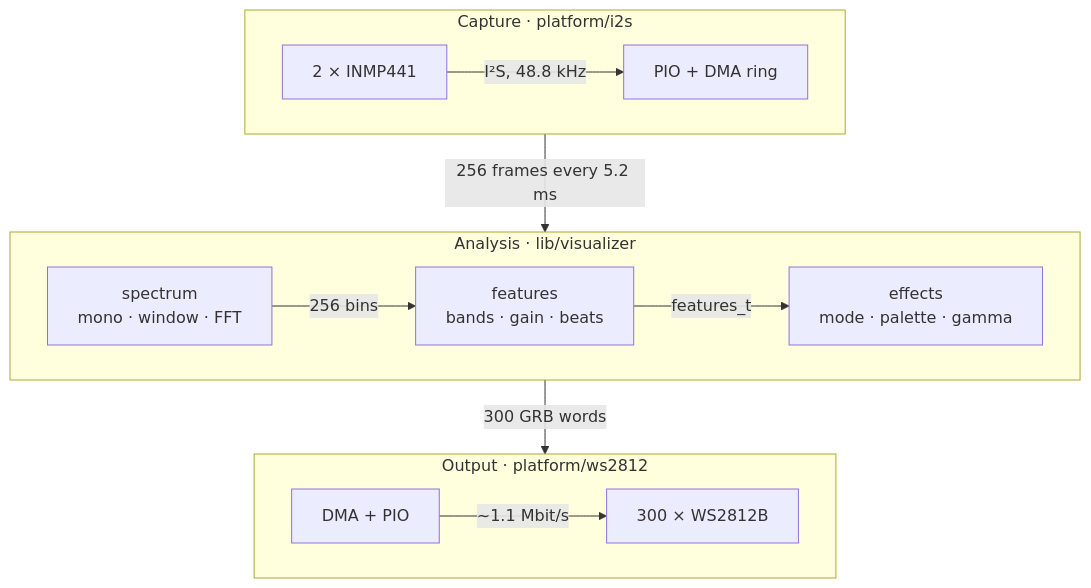
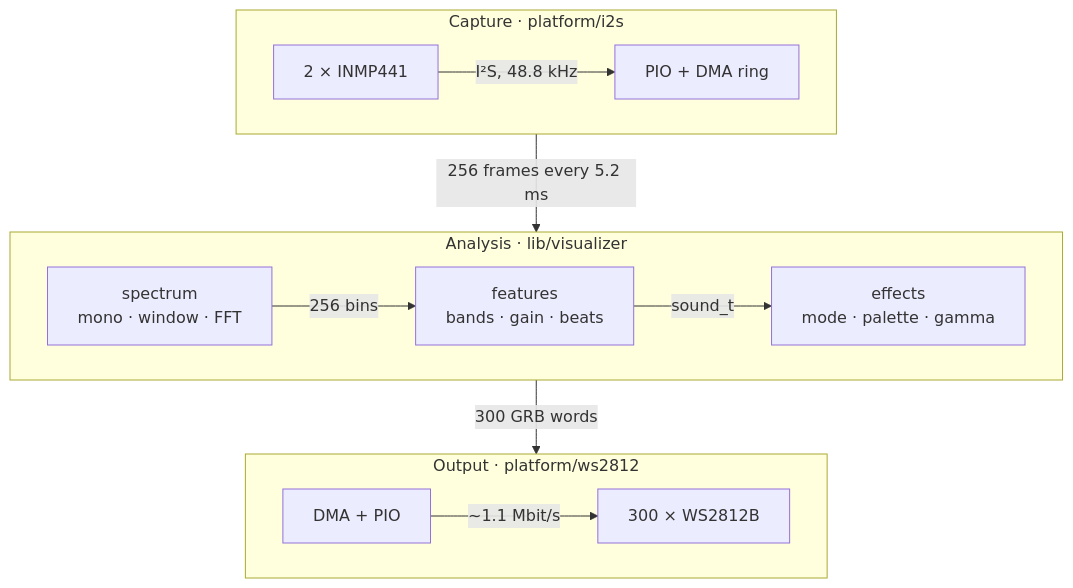
Before and after one commit to whyisitworking/light-painting: the first of 2 diagrams in README.md, drawn with Mermaid. The commit also changed 19 other files, not shown here.

First line of the commit message:
features: features_t is the module state, sound_t what it describes

````diff
--- a/README.md
+++ b/README.md
@@ -176,17 +176,17 @@
 ```mermaid
 flowchart TB
     subgraph capture ["Capture · platform/i2s"]
         direction LR
         MIC["2 × INMP441"] -- "I²S, 48.8 kHz" --> PIOI["PIO + DMA ring"]
     end
     subgraph analysis ["Analysis · lib/visualizer"]
         direction LR
-        SPECTRUM["spectrum<br/>mono · window · FFT"] -- "256 bins" --> FEAT["features<br/>bands · gain · beats"] -- "features_t" --> FX["effects<br/>mode · palette · gamma"]
+        SPECTRUM["spectrum<br/>mono · window · FFT"] -- "256 bins" --> FEAT["features<br/>bands · gain · beats"] -- "sound_t" --> FX["effects<br/>mode · palette · gamma"]
     end
     subgraph output ["Output · platform/ws2812"]
         direction LR
         PION["DMA + PIO"] -- "~1.1 Mbit/s" --> STRIP["300 × WS2812B"]
     end
     capture -- "256 frames every 5.2 ms" --> analysis
     analysis -- "300 GRB words" --> output
 ```
````
